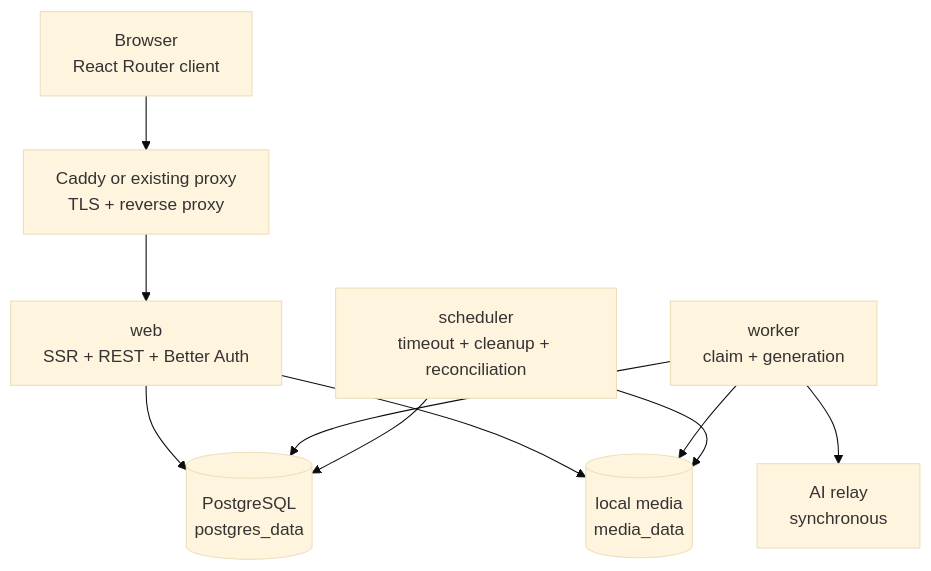
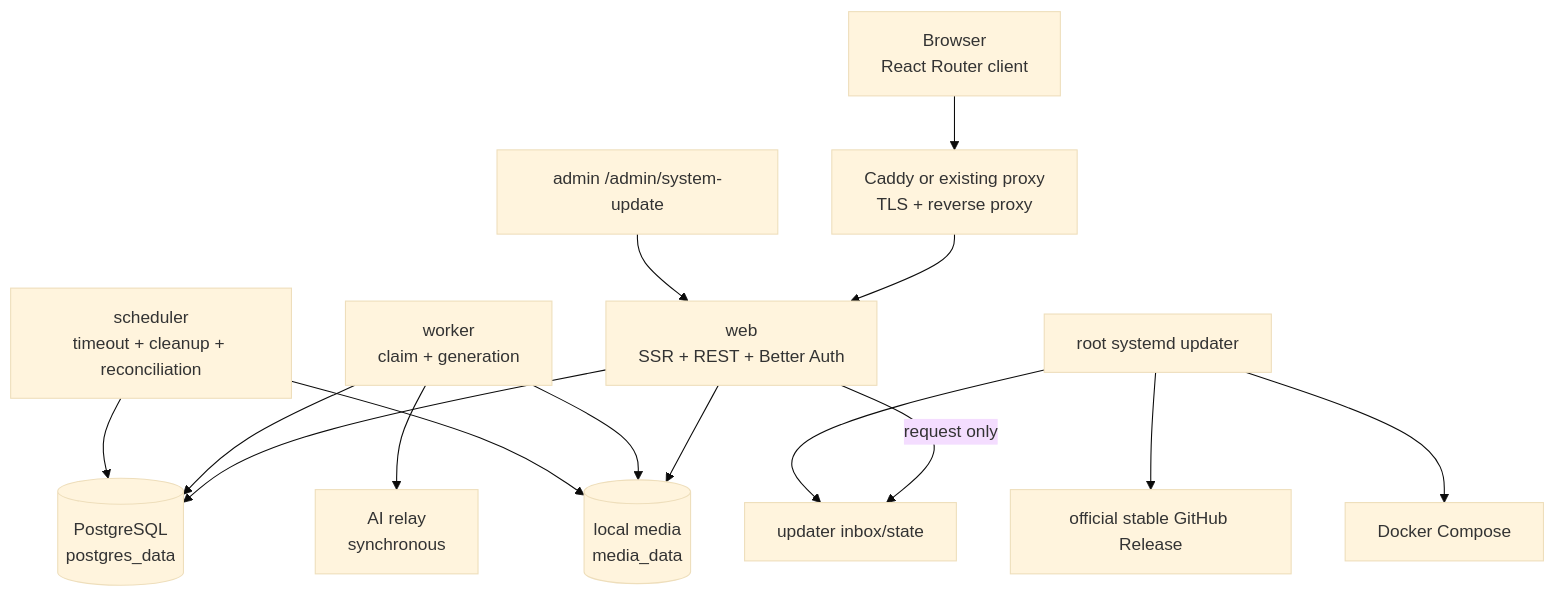
The diagram in docs/dev/01-architecture.md (Ttt599536561/image-2), drawn with Mermaid (base theme) before and after one commit. The commit also changed other lines of this file and 31 other files, not shown here.

Commit message:
feat: complete guarded admin system updater

````diff
--- a/docs/dev/01-architecture.md
+++ b/docs/dev/01-architecture.md
@@ -5,12 +5,17 @@
 ```mermaid
 flowchart TB
   Browser["Browser\nReact Router client"] --> Proxy["Caddy or existing proxy\nTLS + reverse proxy"]
   Proxy --> Web["web\nSSR + REST + Better Auth"]
   Web --> DB[("PostgreSQL\npostgres_data")]
   Web --> Media[("local media\nmedia_data")]
   Worker["worker\nclaim + generation"] --> DB
   Worker --> Relay["AI relay\nsynchronous"]
   Worker --> Media
   Scheduler["scheduler\ntimeout + cleanup + reconciliation"] --> DB
   Scheduler --> Media
+  Admin["admin /admin/system-update"] --> Web
+  Web -->|"request only"| Control["updater inbox/state"]
+  Systemd["root systemd updater"] --> Control
+  Systemd --> GitHub["official stable GitHub Release"]
+  Systemd --> Docker["Docker Compose"]
 ```
````
